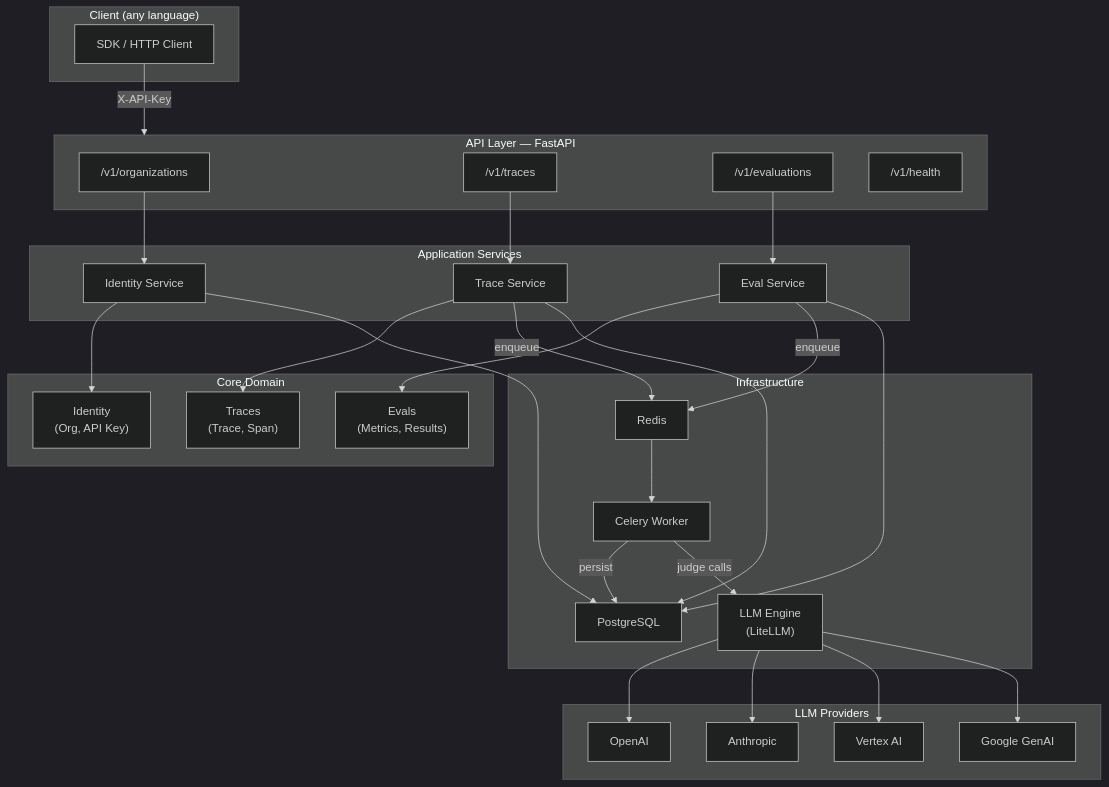
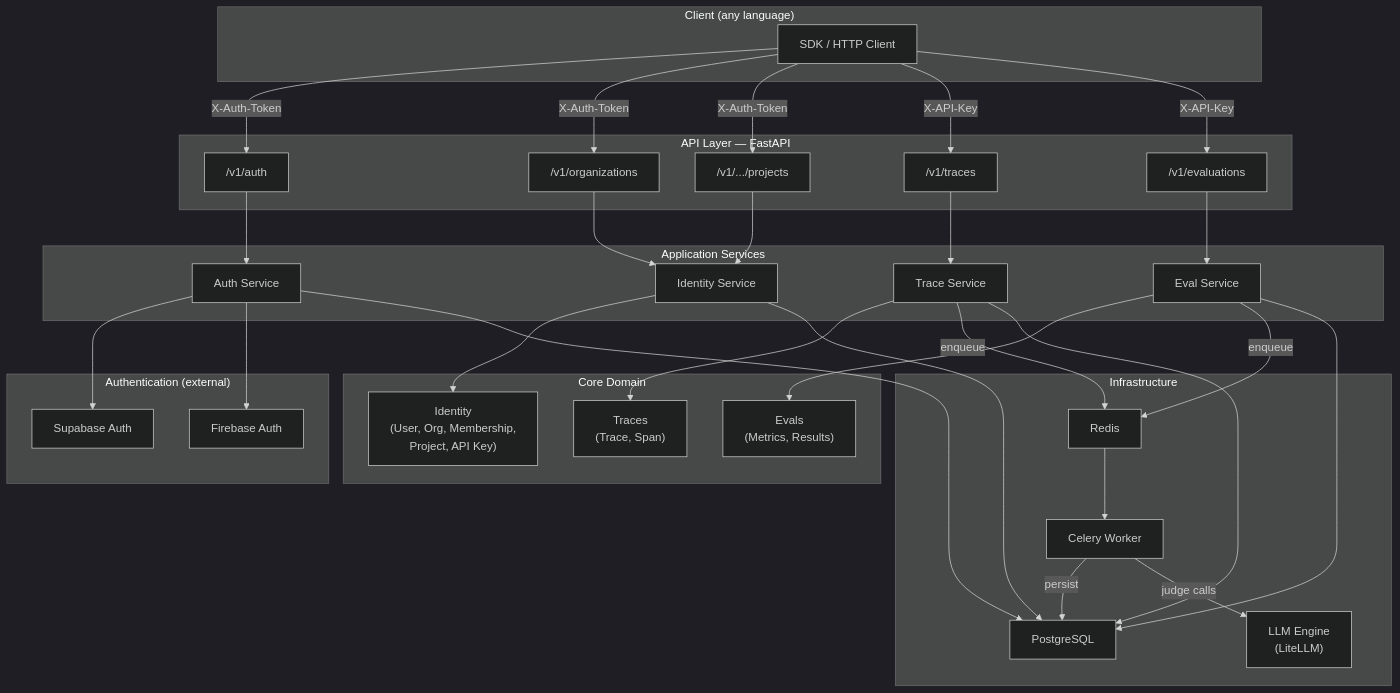
One commit to chirpz-ai/pandaprobe changed the diagram in README.md. Above: the diagram before and after it, drawn with Mermaid (dark theme). The commit also changed other lines of this file, not shown here.

````diff
--- a/README.md
+++ b/README.md
@@ -21,65 +21,70 @@
 ```mermaid
 flowchart TB
     subgraph Client["Client (any language)"]
         SDK["SDK / HTTP Client"]
     end
 
+    subgraph Auth["Authentication (external)"]
+        SUPABASE["Supabase Auth"]
+        FIREBASE["Firebase Auth"]
+    end
+
     subgraph API["API Layer — FastAPI"]
+        R_AUTH["/v1/auth"]
         R_ORG["/v1/organizations"]
+        R_PROJ["/v1/.../projects"]
         R_TRACE["/v1/traces"]
         R_EVAL["/v1/evaluations"]
-        R_HEALTH["/v1/health"]
     end
 
     subgraph Services["Application Services"]
+        AUTH_SVC["Auth Service"]
         ID_SVC["Identity Service"]
         TR_SVC["Trace Service"]
         EV_SVC["Eval Service"]
     end
 
     subgraph Core["Core Domain"]
-        IDENTITY["Identity\n(Org, API Key)"]
+        IDENTITY["Identity\n(User, Org, Membership,\nProject, API Key)"]
         TRACES["Traces\n(Trace, Span)"]
         EVALS["Evals\n(Metrics, Results)"]
     end
 
     subgraph Infra["Infrastructure"]
         DB["PostgreSQL"]
         REDIS["Redis"]
         CELERY["Celery Worker"]
         LLM["LLM Engine\n(LiteLLM)"]
     end
 
-    subgraph Providers["LLM Providers"]
-        OAI["OpenAI"]
-        ANT["Anthropic"]
-        VTX["Vertex AI"]
-        GEM["Google GenAI"]
-    end
+    SDK -->|"X-Auth-Token"| R_AUTH
+    SDK -->|"X-Auth-Token"| R_ORG
+    SDK -->|"X-Auth-Token"| R_PROJ
+    SDK -->|"X-API-Key"| R_TRACE
+    SDK -->|"X-API-Key"| R_EVAL
 
-    SDK -->|"X-API-Key"| API
+    R_AUTH --> AUTH_SVC
+    AUTH_SVC --> SUPABASE
+    AUTH_SVC --> FIREBASE
+    AUTH_SVC --> DB
+
     R_ORG --> ID_SVC
+    R_PROJ --> ID_SVC
     R_TRACE --> TR_SVC
     R_EVAL --> EV_SVC
 
     ID_SVC --> IDENTITY
     TR_SVC --> TRACES
     EV_SVC --> EVALS
 
     TR_SVC -->|"enqueue"| REDIS
     EV_SVC -->|"enqueue"| REDIS
     REDIS --> CELERY
 
     CELERY -->|"persist"| DB
     CELERY -->|"judge calls"| LLM
 
-    LLM --> OAI
-    LLM --> ANT
-    LLM --> VTX
-    LLM --> GEM
-
     ID_SVC --> DB
     TR_SVC --> DB
     EV_SVC --> DB
-
 ```
````
